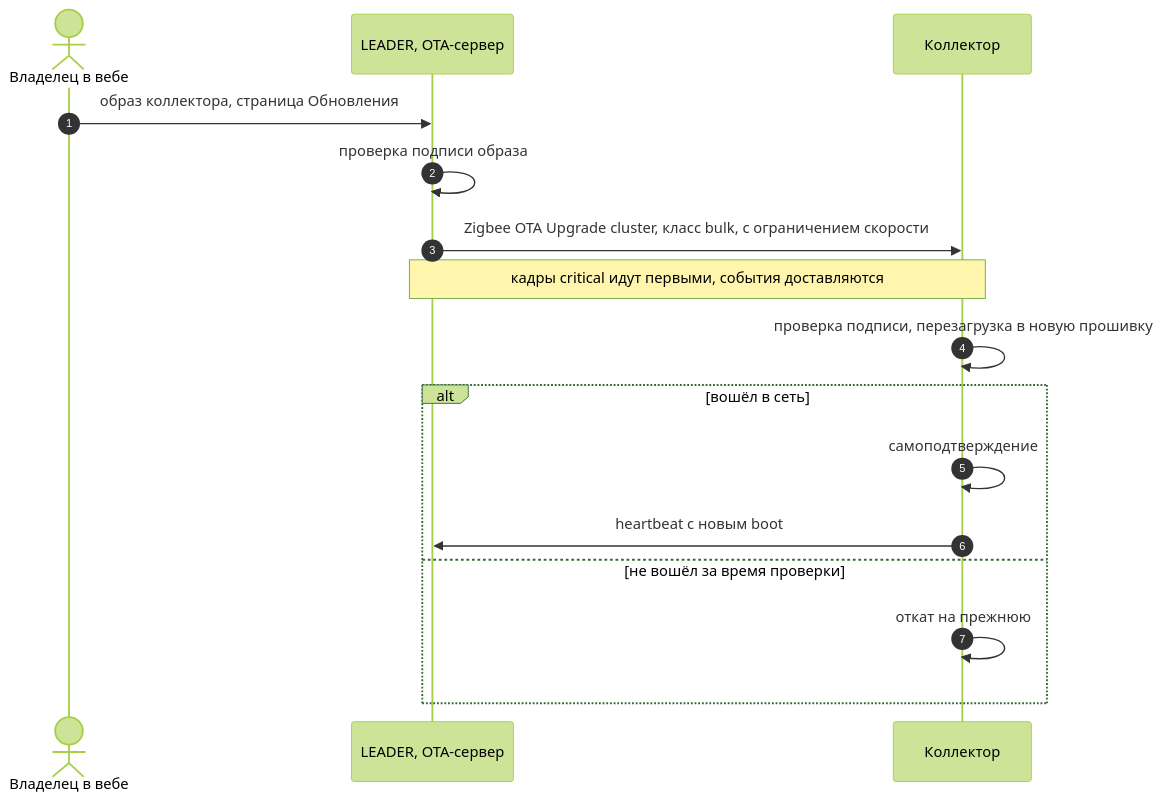
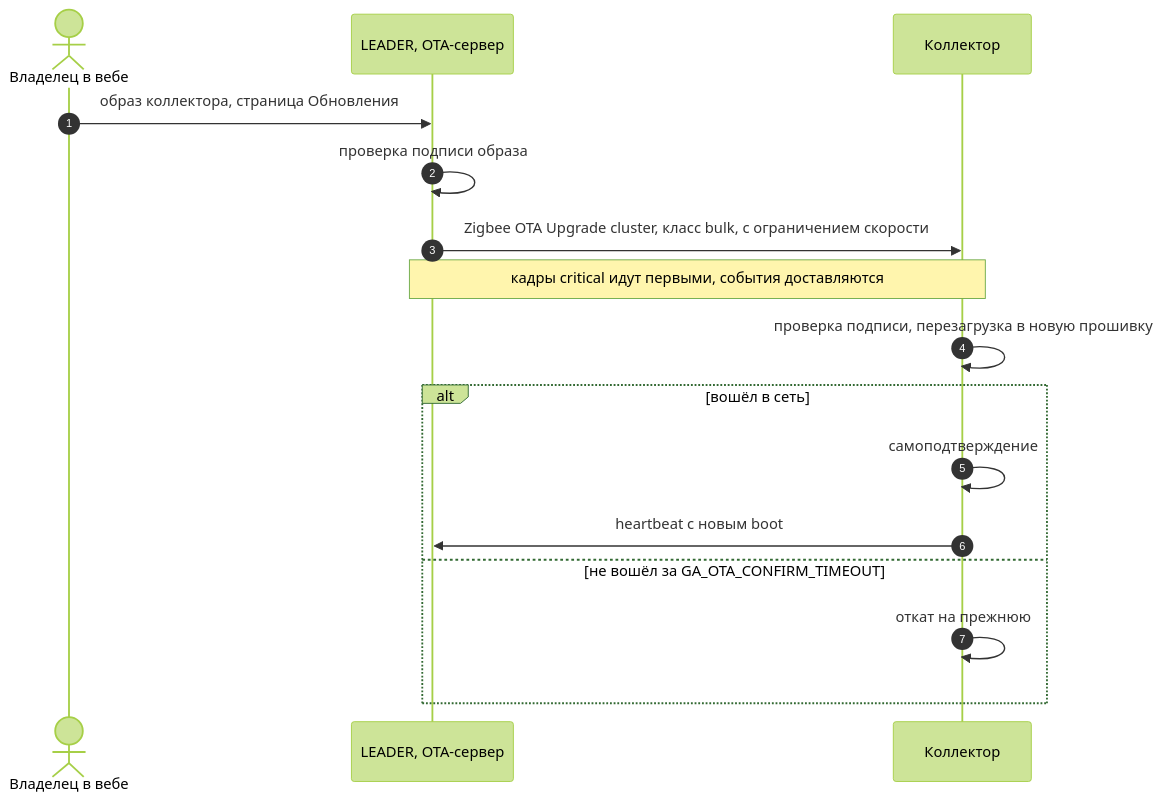
Diagram 11 of 15 in _bmad-output/planning-artifacts/protocols-reference/garageAlarms2-протоколы-обмена.md (wol-micro/garageAlarms2.0), drawn with Mermaid (forest theme) before and after one commit. The commit also changed other lines of this file and 5 other files, not shown here.

````diff
--- a/_bmad-output/planning-artifacts/protocols-reference/garageAlarms2-протоколы-обмена.md
+++ b/_bmad-output/planning-artifacts/protocols-reference/garageAlarms2-протоколы-обмена.md
@@ -866,18 +866,18 @@
 ```mermaid
 sequenceDiagram
   autonumber
   actor O as Владелец в вебе
   participant L as LEADER, OTA-сервер
   participant C as Коллектор
   O->>L: образ коллектора, страница Обновления
   L->>L: проверка подписи образа
   L->>C: Zigbee OTA Upgrade cluster, класс bulk, с ограничением скорости
   Note over L,C: кадры critical идут первыми, события доставляются
   C->>C: проверка подписи, перезагрузка в новую прошивку
   alt вошёл в сеть
     C->>C: самоподтверждение
     C->>L: heartbeat с новым boot
-  else не вошёл за время проверки
+  else не вошёл за GA_OTA_CONFIRM_TIMEOUT
     C->>C: откат на прежнюю
   end
 ```
````
